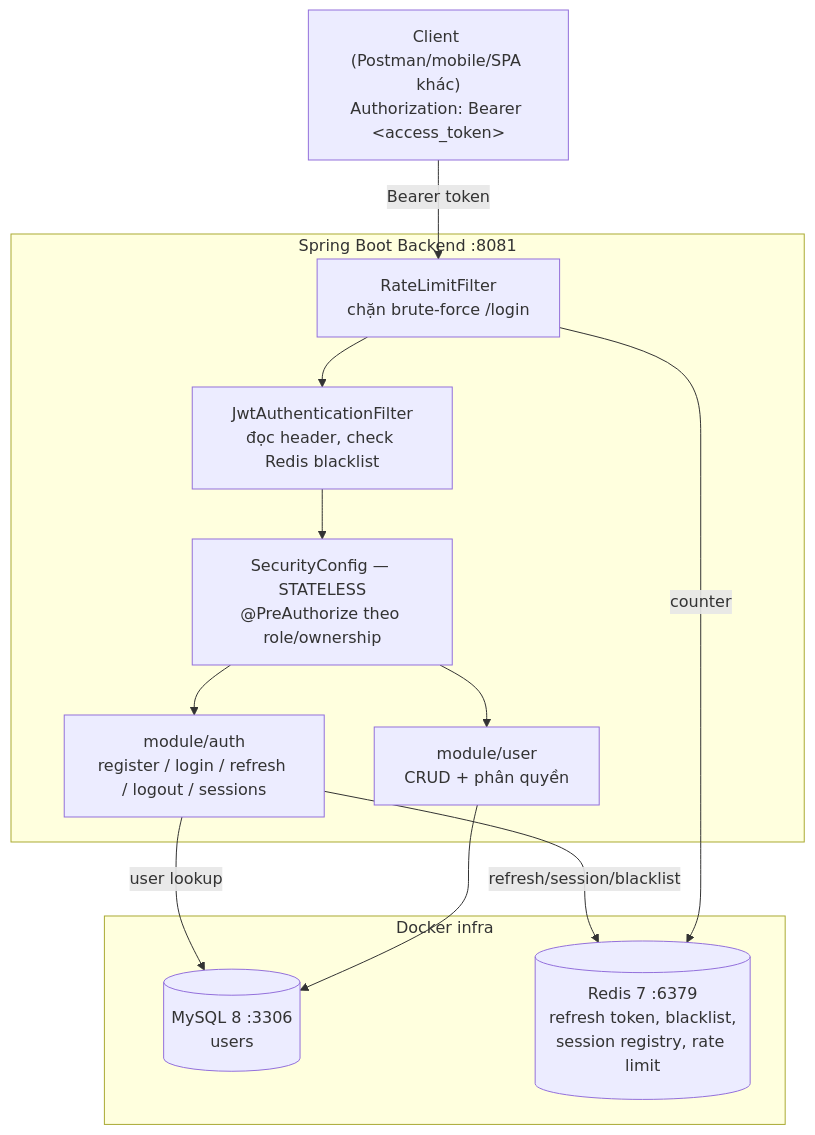
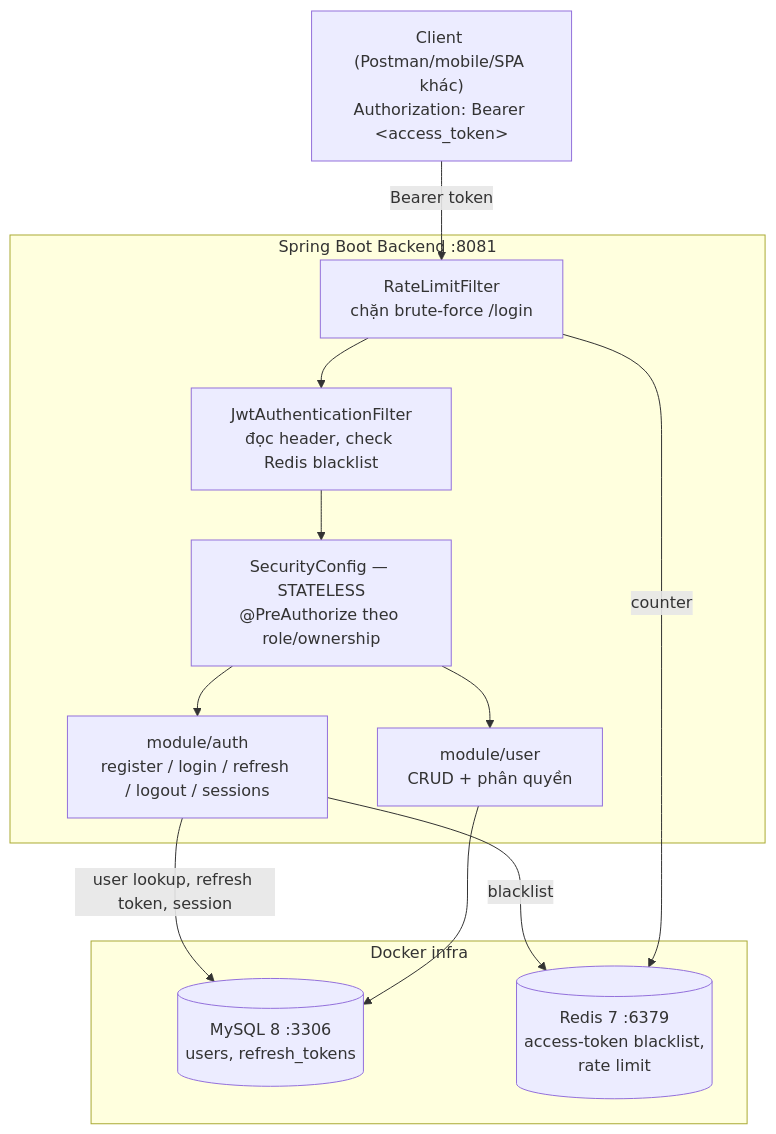
Before and after one commit to maaitlunghau/java-spring-boot-fundamentals: the diagram in docs/plans/10-spring-boot-blueprint.md, drawn with Mermaid. The commit also changed other lines of this file, not shown here.

Commit message:
docs(blueprint): redesign phase 4 refresh token to mysql

````diff
--- a/docs/plans/10-spring-boot-blueprint.md
+++ b/docs/plans/10-spring-boot-blueprint.md
@@ -57,25 +57,25 @@
 ```mermaid
 flowchart TB
     Client["Client (Postman/mobile/SPA khác)<br/>Authorization: Bearer &lt;access_token&gt;"]
 
     subgraph Backend["Spring Boot Backend :8081"]
         RL["RateLimitFilter<br/>chặn brute-force /login"]
         Filter["JwtAuthenticationFilter<br/>đọc header, check Redis blacklist"]
         Sec["SecurityConfig — STATELESS<br/>@PreAuthorize theo role/ownership"]
         AuthMod["module/auth<br/>register / login / refresh / logout / sessions"]
         UserMod["module/user<br/>CRUD + phân quyền"]
     end
 
     subgraph Infra["Docker infra"]
-        MySQL[("MySQL 8 :3306<br/>users")]
-        Redis[("Redis 7 :6379<br/>refresh token, blacklist,<br/>session registry, rate limit")]
+        MySQL[("MySQL 8 :3306<br/>users, refresh_tokens")]
+        Redis[("Redis 7 :6379<br/>access-token blacklist,<br/>rate limit")]
     end
 
     Client -->|Bearer token| RL --> Filter --> Sec
     Sec --> AuthMod
     Sec --> UserMod
-    AuthMod -->|refresh/session/blacklist| Redis
+    AuthMod -->|blacklist| Redis
     RL -->|counter| Redis
-    AuthMod -->|user lookup| MySQL
+    AuthMod -->|user lookup, refresh token, session| MySQL
     UserMod --> MySQL
 ```
````
